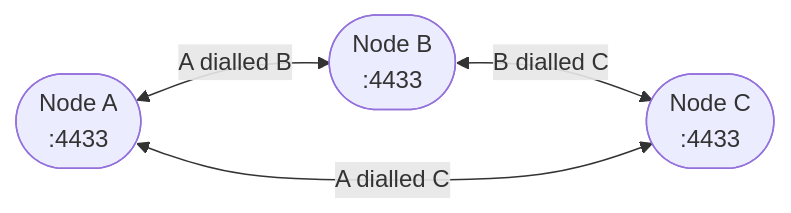
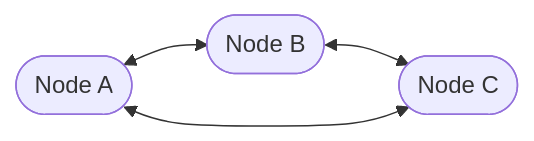
The fifth of 5 diagrams in README.md (YounghyeonPark/fectp), drawn with Mermaid before and after one commit. The commit also changed other lines of this file, not shown here.

First line of the commit message:
README: narrow the diagrams so they fit GitHub's column

````diff
--- a/README.md
+++ b/README.md
@@ -231,6 +231,6 @@
 ```mermaid
 flowchart LR
-    A(["Node A<br/>:4433"]) <-->|"A dialled B"| B(["Node B<br/>:4433"])
-    B <-->|"B dialled C"| C(["Node C<br/>:4433"])
-    A <-->|"A dialled C"| C
+    A(["Node A"]) <--> B(["Node B"])
+    B <--> C(["Node C"])
+    A <--> C
 ```
````
